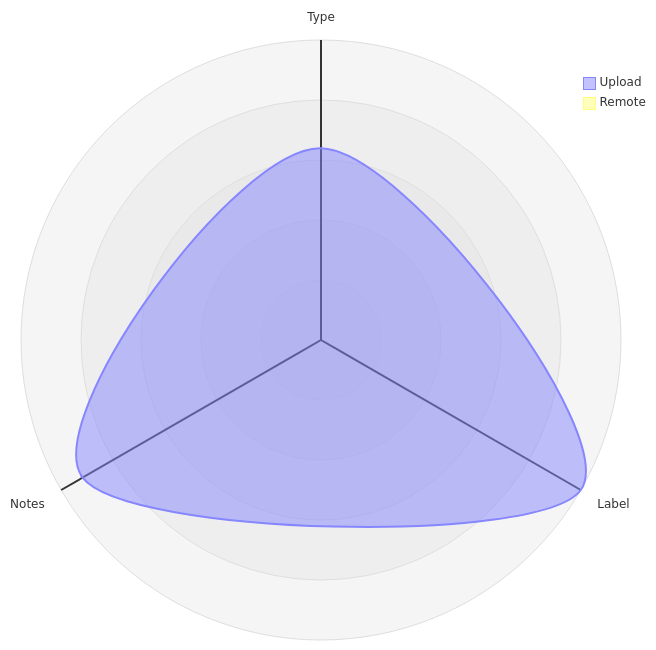
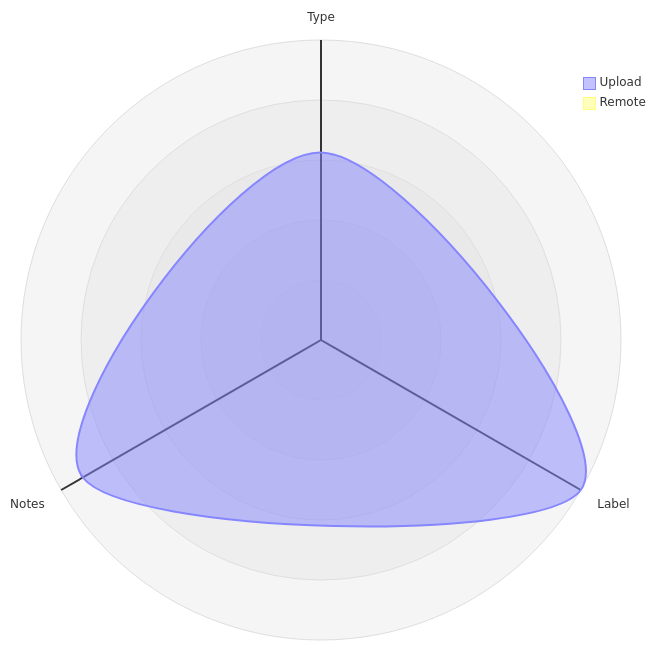
The third of 5 diagrams in datastore_tracker/README.md (open-data/analytics-corporate-reporting), drawn with Mermaid before and after one commit. The commit also changed other lines of this file and 10 other files, not shown here.

````diff
--- a/datastore_tracker/README.md
+++ b/datastore_tracker/README.md
@@ -107,12 +107,12 @@
 ```mermaid
 radar-beta
   axis T["Type"], L["Label"], N["Notes"]
-  curve u["Upload"]{0.00062, 0.00097, 0.00089}
+  curve u["Upload"]{0.0006, 0.00096, 0.00088}
   curve r["Remote"]{0, 0, 0}
 
   showLegend true
 
   min 0
   graticule circle
   ticks 5
 ```
````
